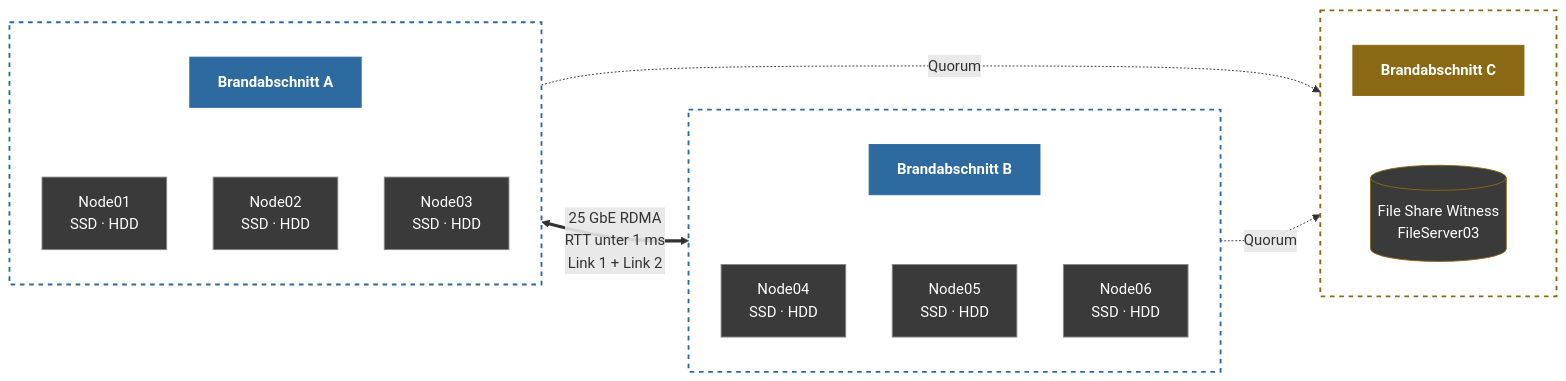
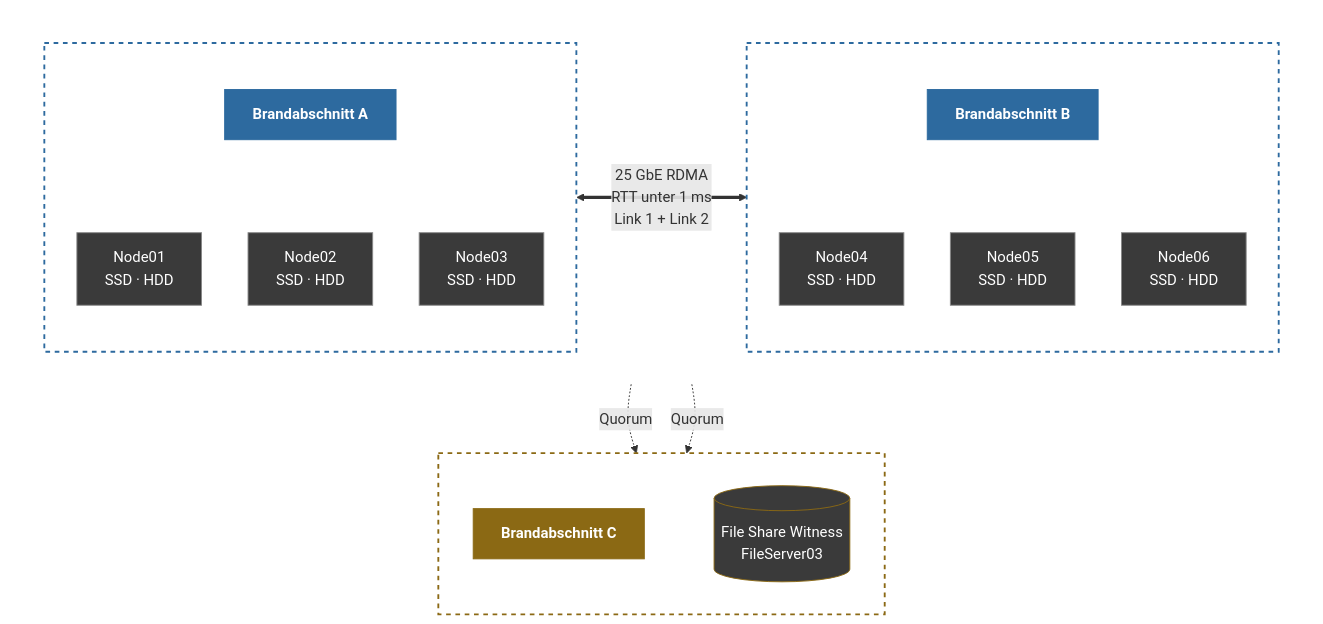
The diagram in docs/s2d-brandabschnitte.md (BetaHydri/S2D-Brandabschnitte), drawn with Mermaid before and after one commit.

Commit message:
docs: move Brandabschnitt C below A and B in Mermaid diagram

````diff
--- a/docs/s2d-brandabschnitte.md
+++ b/docs/s2d-brandabschnitte.md
@@ -240,39 +240,44 @@
 ```mermaid
-graph LR
-    subgraph BA[" "]
-        direction TB
-        BA_T["Brandabschnitt A"]:::title
-        N1["Node01<br/>SSD · HDD"]:::node
-        N2["Node02<br/>SSD · HDD"]:::node
-        N3["Node03<br/>SSD · HDD"]:::node
-        BA_T ~~~ N1 & N2 & N3
-    end
+graph TB
+    subgraph TOP[" "]
+        direction LR
+        subgraph BA[" "]
+            direction TB
+            BA_T["Brandabschnitt A"]:::title
+            N1["Node01<br/>SSD · HDD"]:::node
+            N2["Node02<br/>SSD · HDD"]:::node
+            N3["Node03<br/>SSD · HDD"]:::node
+            BA_T ~~~ N1 & N2 & N3
+        end
 
-    subgraph BB[" "]
-        direction TB
-        BB_T["Brandabschnitt B"]:::title
-        N4["Node04<br/>SSD · HDD"]:::node
-        N5["Node05<br/>SSD · HDD"]:::node
-        N6["Node06<br/>SSD · HDD"]:::node
-        BB_T ~~~ N4 & N5 & N6
+        subgraph BB[" "]
+            direction TB
+            BB_T["Brandabschnitt B"]:::title
+            N4["Node04<br/>SSD · HDD"]:::node
+            N5["Node05<br/>SSD · HDD"]:::node
+            N6["Node06<br/>SSD · HDD"]:::node
+            BB_T ~~~ N4 & N5 & N6
+        end
+
+        BA <==" 25 GbE RDMA<br/>RTT unter 1 ms<br/>Link 1 + Link 2 "==> BB
     end
 
     subgraph BC[" "]
-        direction TB
+        direction LR
         BC_T["Brandabschnitt C"]:::titleW
         FSW[("File Share Witness<br/>FileServer03")]:::witness
         BC_T ~~~ FSW
     end
 
-    BA <==" 25 GbE RDMA<br/>RTT unter 1 ms<br/>Link 1 + Link 2 "==> BB
     BA -." Quorum ".-> FSW
     BB -." Quorum ".-> FSW
 
     classDef title fill:#2d6a9f,stroke:#2d6a9f,color:#fff,font-weight:bold
     classDef titleW fill:#8b6914,stroke:#8b6914,color:#fff,font-weight:bold
     classDef node fill:#3a3a3a,stroke:#888,color:#fff
     classDef witness fill:#3a3a3a,stroke:#8b6914,color:#fff
+    style TOP fill:none,stroke:none
     style BA fill:none,stroke:#2d6a9f,stroke-width:2px,stroke-dasharray:5 5
     style BB fill:none,stroke:#2d6a9f,stroke-width:2px,stroke-dasharray:5 5
     style BC fill:none,stroke:#8b6914,stroke-width:2px,stroke-dasharray:5 5
 ```
````
